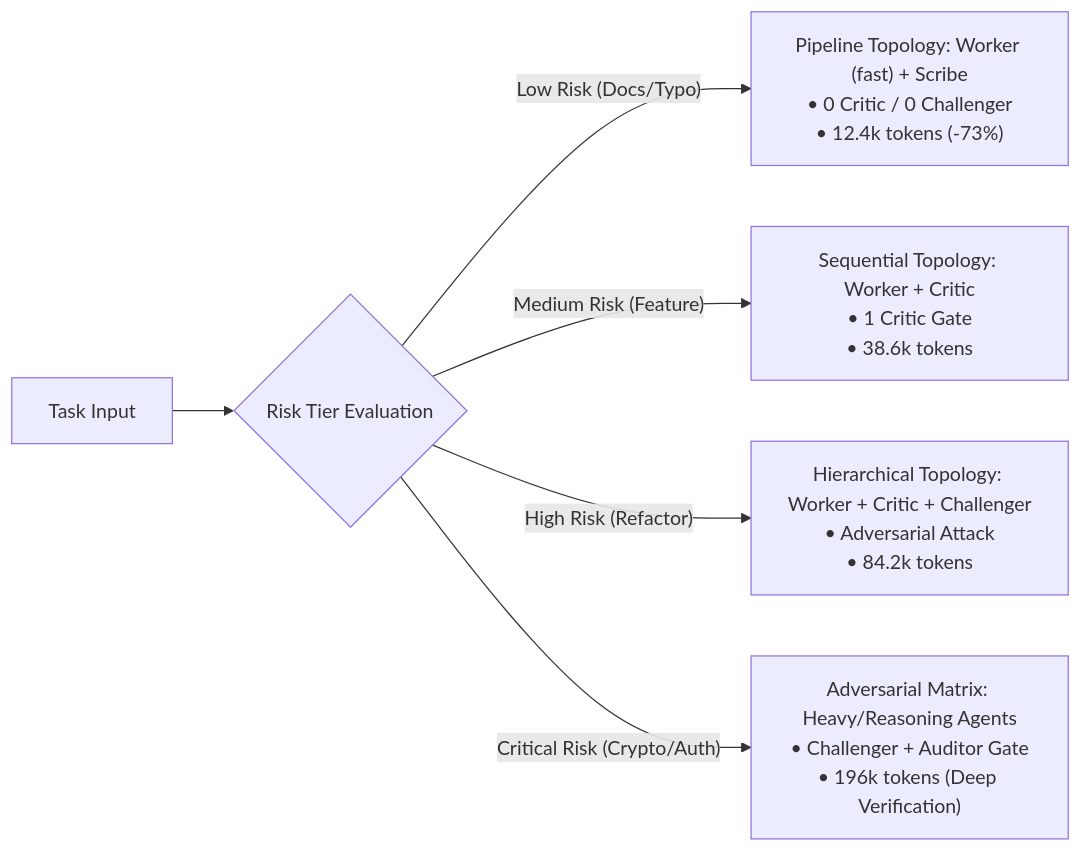
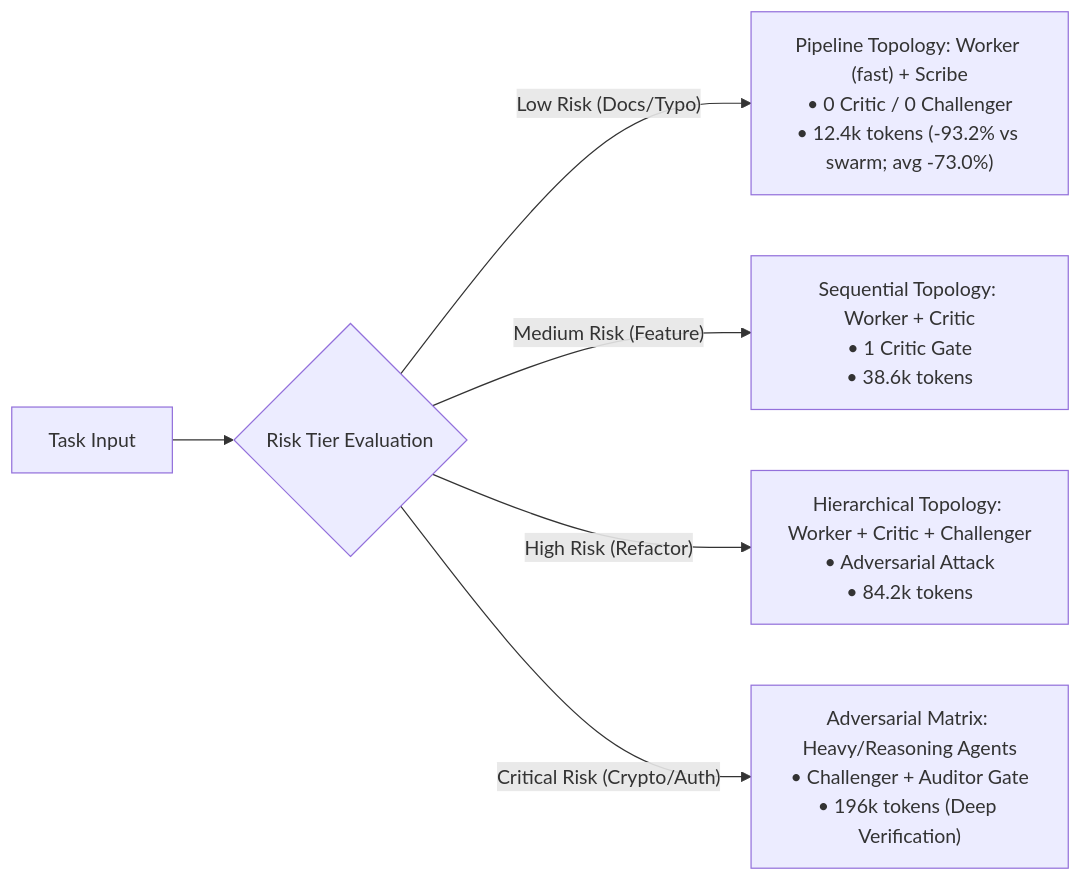
One commit to CalebChen941028/agent-teamwork changed the second of 3 diagrams in docs/BENCHMARK_REPORT.md. Above: the diagram before and after it, drawn with Mermaid. The commit also changed other lines of this file and 13 other files, not shown here.

````diff
--- a/docs/BENCHMARK_REPORT.md
+++ b/docs/BENCHMARK_REPORT.md
@@ -199,8 +201,8 @@
 ```mermaid
 graph LR
     Task[Task Input] --> Risk{Risk Tier Evaluation}
-    Risk -- "Low Risk (Docs/Typo)" --> TopoLow["Pipeline Topology: Worker (fast) + Scribe<br/>• 0 Critic / 0 Challenger<br/>• 12.4k tokens (-73%)"]
+    Risk -- "Low Risk (Docs/Typo)" --> TopoLow["Pipeline Topology: Worker (fast) + Scribe<br/>• 0 Critic / 0 Challenger<br/>• 12.4k tokens (-93.2% vs swarm; avg -73.0%)"]
     Risk -- "Medium Risk (Feature)" --> TopoMed["Sequential Topology: Worker + Critic<br/>• 1 Critic Gate<br/>• 38.6k tokens"]
     Risk -- "High Risk (Refactor)" --> TopoHigh["Hierarchical Topology: Worker + Critic + Challenger<br/>• Adversarial Attack<br/>• 84.2k tokens"]
     Risk -- "Critical Risk (Crypto/Auth)" --> TopoCrit["Adversarial Matrix: Heavy/Reasoning Agents<br/>• Challenger + Auditor Gate<br/>• 196k tokens (Deep Verification)"]
 ```
````
